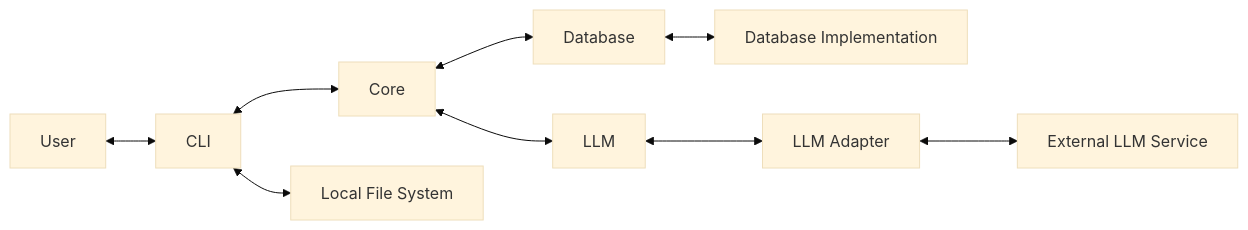
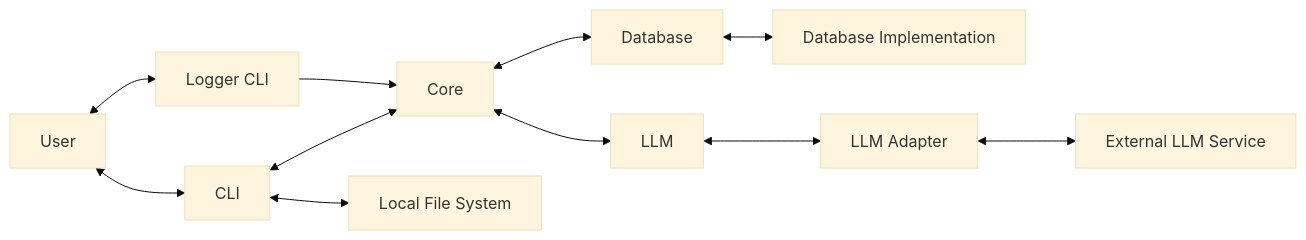
Before and after one commit to DelgadoArlee/cv-brewer: the diagram in docs/architecture.md, drawn with Mermaid (base theme). The commit also changed other lines of this file and 224 other files, not shown here.

`````diff
--- a/docs/architecture.md
+++ b/docs/architecture.md
@@ -47,14 +47,16 @@
-```mermaid
+````mermaid
 flowchart LR
     User[User] <--> CLI[CLI]
+    User <--> LoggerCLI[Logger CLI]
     CLI <--> Core[Core]
+    LoggerCLI --> Core
 
     Core <--> Database[Database]
     Database <--> DBImpl[Database Implementation]
 
     Core <--> LLM[LLM]
     LLM <--> LLMAdapter[LLM Adapter]
     LLMAdapter <--> LLMService[External LLM Service]
 
     CLI <--> FS[Local File System]
-```
+````
`````
